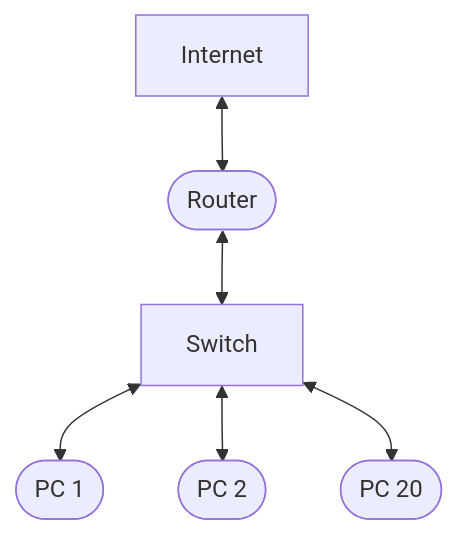
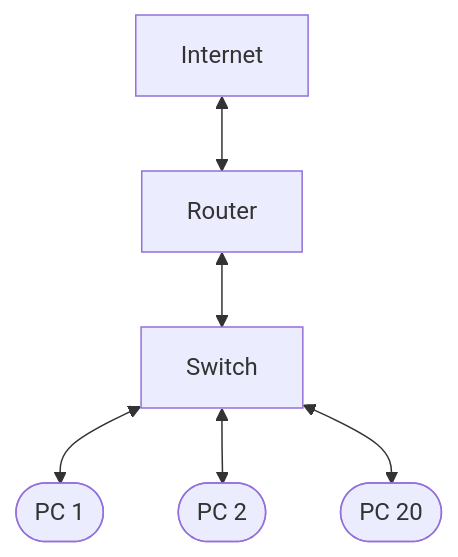
The diagram in Trabajo Práctico N°3.md (mvvillanueva1706-lgtm/Taller-de-Redes-TP-3), drawn with Mermaid before and after one commit.

Commit message:
Fix mermaid syntax for Router in flowchart

````diff
--- a/Trabajo Práctico N°3.md
+++ b/Trabajo Práctico N°3.md
@@ -52,9 +52,9 @@
 ```mermaid
 flowchart TD
-    A[Internet] <--> B([Router])
+    A[Internet] <--> B[Router]
     B <--> C[Switch]
 
     C <--> PC1([PC 1])
     C <--> PC2([PC 2])
     C <--> PC20([PC 20])
 ```
````
